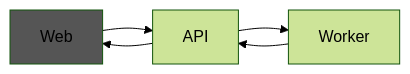
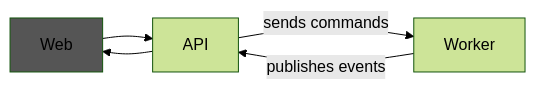
The fourth of 4 diagrams in README.md (ftechmax/msa-templates), drawn with Mermaid (forest theme) before and after one commit. The commit also changed other lines of this file and 5 other files, not shown here.

````diff
--- a/README.md
+++ b/README.md
@@ -100,8 +169,8 @@
 ```mermaid
 graph LR;
     Wb[Web]-->A[API];
     A-->Wb;
-    A-->W;
-    W[Worker]-->A;
+    A-- sends commands -->W;
+    W[Worker]-- publishes events -->A;
     style Wb fill:#555
 ```
````
